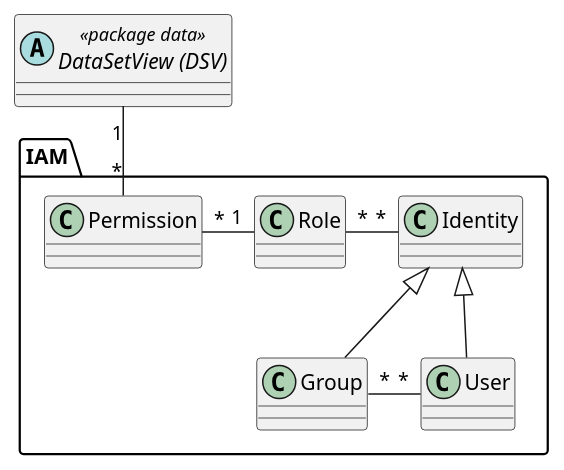
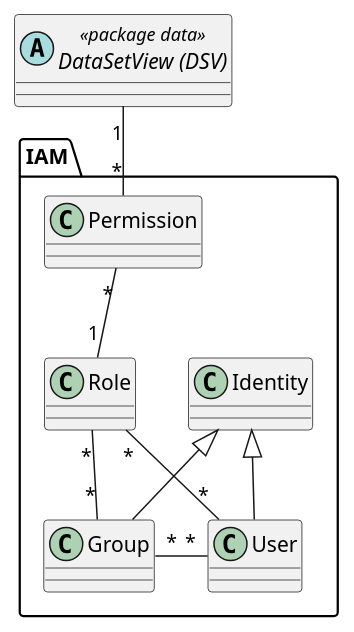
One commit to sogis/simi changed the diagram in code/doc/puml/src/iam.puml. Above: the diagram before and after it, drawn with PlantUML. The commit also changed 17 other files, not shown here.

```diff
--- a/code/doc/puml/src/iam.puml
+++ b/code/doc/puml/src/iam.puml
@@ -1,20 +1,21 @@
 @startuml
 abstract class "DataSetView (DSV)" as dsv << package data >>
 
 package IAM {
 class "Identity" as ident
 class "Group" as grp
 class "User" as usr
 class "Role" as role
 class "Permission" as perm
 
 ident <|-- grp
 ident <|-- usr
 
-perm "*" -right- "1" role
-role "*" -right- "*" ident
+perm "*" -- "1" role
+role "*" -- "*" usr
+role "*" -- "*" grp
 grp "*" -right- "*" usr
 }
 
 dsv "1" -- "*" perm
 @enduml
```
